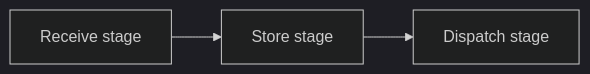
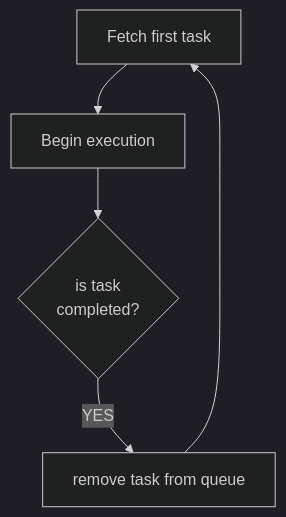
One commit to fsprojekti/shr-mfg-robotic-arm-warehouse changed the diagram in README.md. Above: the diagram before and after it, drawn with Mermaid (dark theme). The commit also changed other lines of this file, not shown here.

````diff
--- a/README.md
+++ b/README.md
@@ -12,4 +39,5 @@
 ```mermaid
-graph  LR
-A[Receive stage]-->B[Store stage]-->C[Dispatch stage]
+graph  TD
+A[Fetch first task]-->B[Begin execution]-->C{is task <br>completed?}
+C-->|YES|D[remove task from queue]-->A
 ```
````
